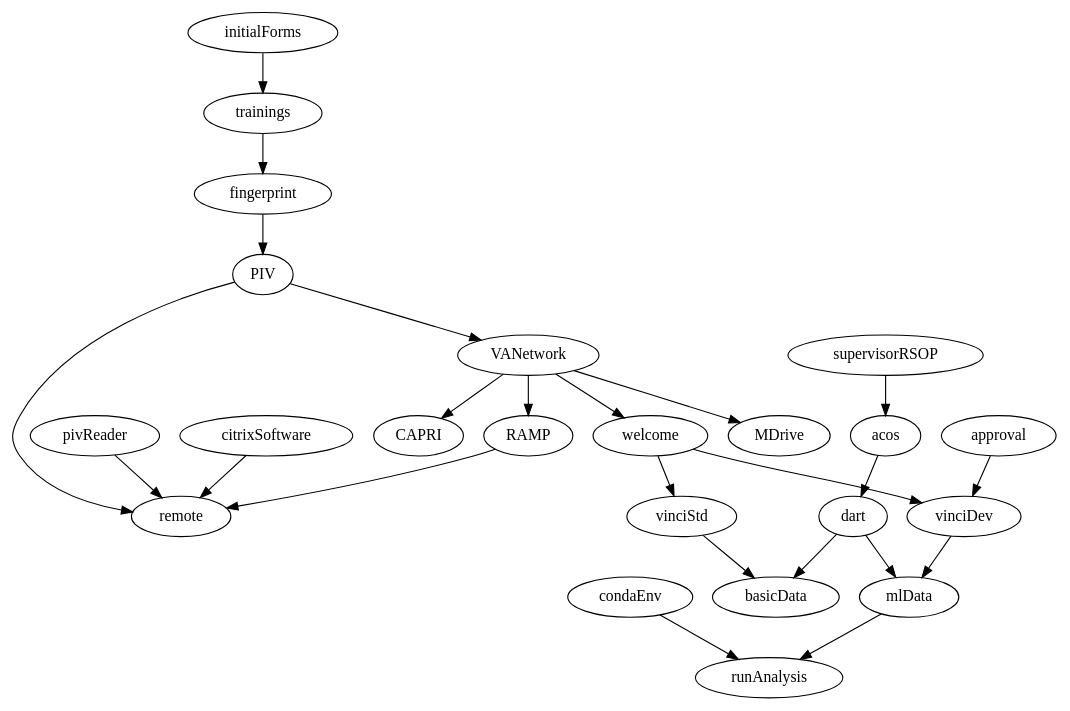
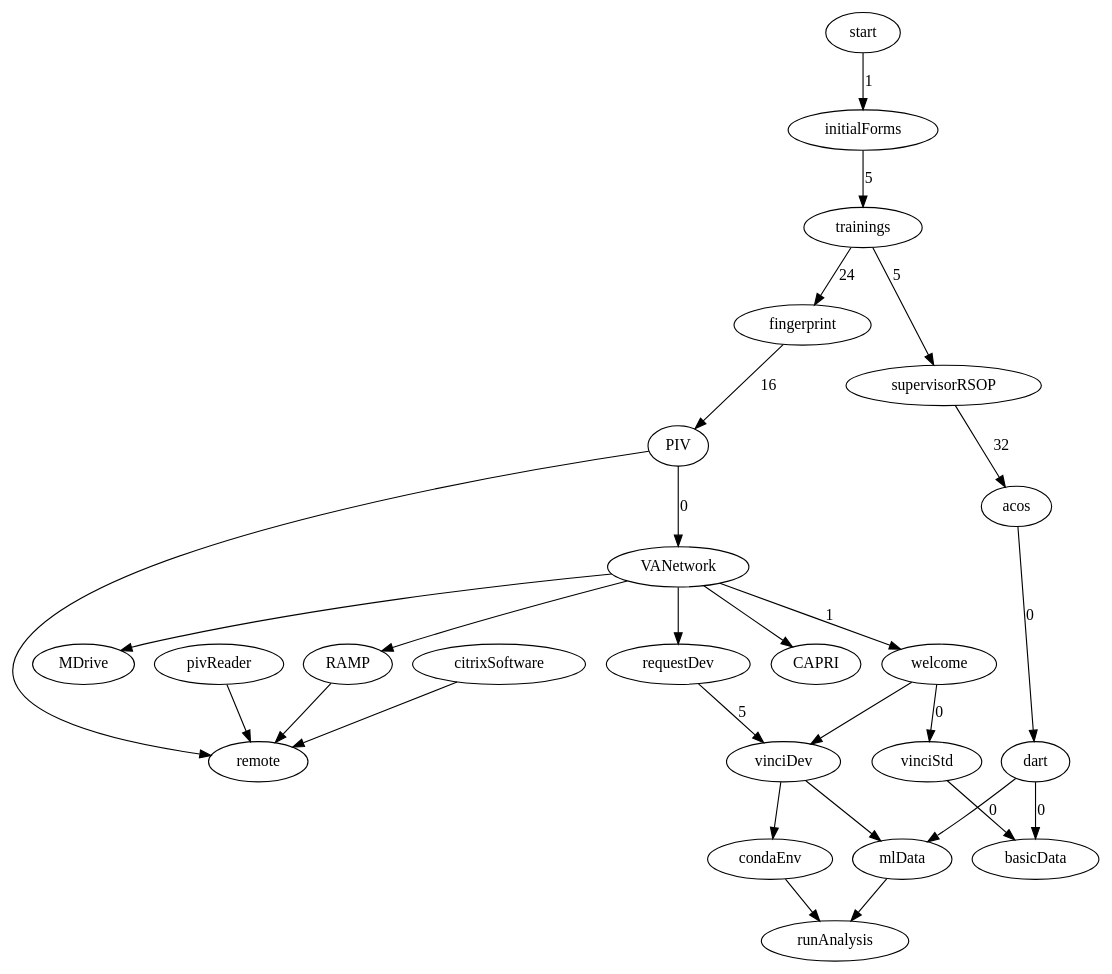
The diagram in pert.dot (zimolzak/ml-detect-diagnostic-safety), drawn with Graphviz before and after one commit.

Commit message:
Label multiple edges.

```diff
--- a/pert.dot
+++ b/pert.dot
@@ -1,34 +1,36 @@
 digraph {
 
-welcome -> vinciStd
+welcome -> vinciStd [label = 0]
 welcome -> vinciDev
-vinciStd -> basicData
-approval -> vinciDev
+vinciStd -> basicData [label = 0]
+requestDev -> vinciDev [label = 5] // Not sure??
 vinciDev -> mlData
 dart -> mlData
-dart -> basicData
+dart -> basicData [label = 0]
 
 mlData -> runAnalysis
 condaEnv -> runAnalysis
 
 pivReader -> remote
 RAMP -> remote
 citrixSoftware -> remote
 
-PIV -> VANetwork
+PIV -> VANetwork [label = 0]
 PIV -> remote
 
 VANetwork -> RAMP
 VANetwork -> CAPRI
 VANetwork -> MDrive
-VANetwork -> welcome
+VANetwork -> welcome [label = 1]
 
-acos -> dart
-
-supervisorRSOP -> acos
-
-initialForms -> trainings -> fingerprint -> PIV
-
-// nodex[label="Node\nLabel"]
+acos -> dart [label = 0]
+supervisorRSOP -> acos [label = 32]
+start -> initialForms [label = 1]
+initialForms -> trainings [label = 5]
+trainings -> fingerprint [label = 24]
+fingerprint -> PIV [label = 16]
+trainings -> supervisorRSOP [label = 5]
+VANetwork -> requestDev
+vinciDev -> condaEnv
 
 }
```
